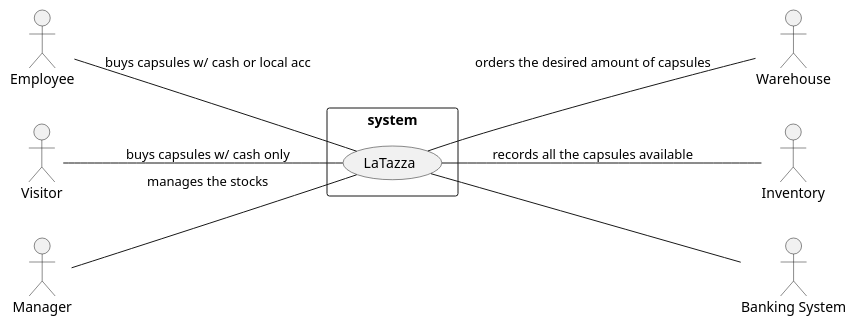
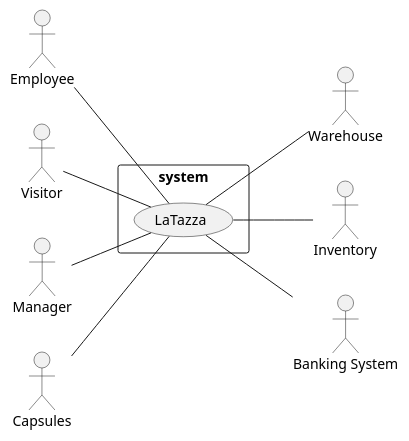
One commit to DarkSee/LaTazza changed the first of 2 diagrams in templates/RequirementsTemplate.md. Above: the diagram before and after it, drawn with PlantUML. The commit also changed other lines of this file, not shown here.

Commit message:
added Capsules as stakeholder and actor in the context diagram

````diff
--- a/templates/RequirementsTemplate.md
+++ b/templates/RequirementsTemplate.md
@@ -47,21 +47,23 @@
 ```plantuml
 left to right direction
 skinparam packageStyle rectangle
 
 actor Employee as E
 actor Visitor as V
 actor Manager as M
 actor Warehouse as W
 actor Inventory as I
 actor "Banking System" as BS
+actor "Capsules" as C
 
 rectangle system {
   (LaTazza) as LT
-   M -- LT : "manages the stocks"
-   E -- LT : "buys capsules w/ cash or local acc"
-   V -- LT : "buys capsules w/ cash only"
-   LT -- I : "records all the capsules available"
-   LT -- W : "orders the desired amount of capsules"
-   LT -- BS 
+   M -- LT
+   E -- LT
+   V -- LT
+   LT -- I
+   LT -- W
+   LT -- BS
+   C -- LT  
 }
 ```
````
